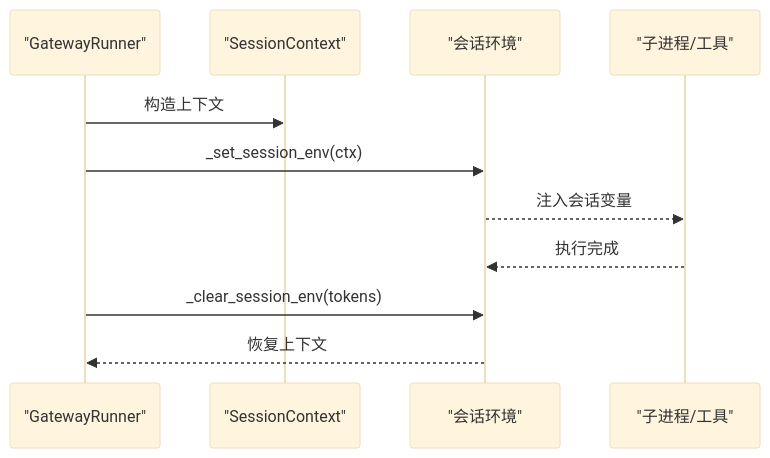
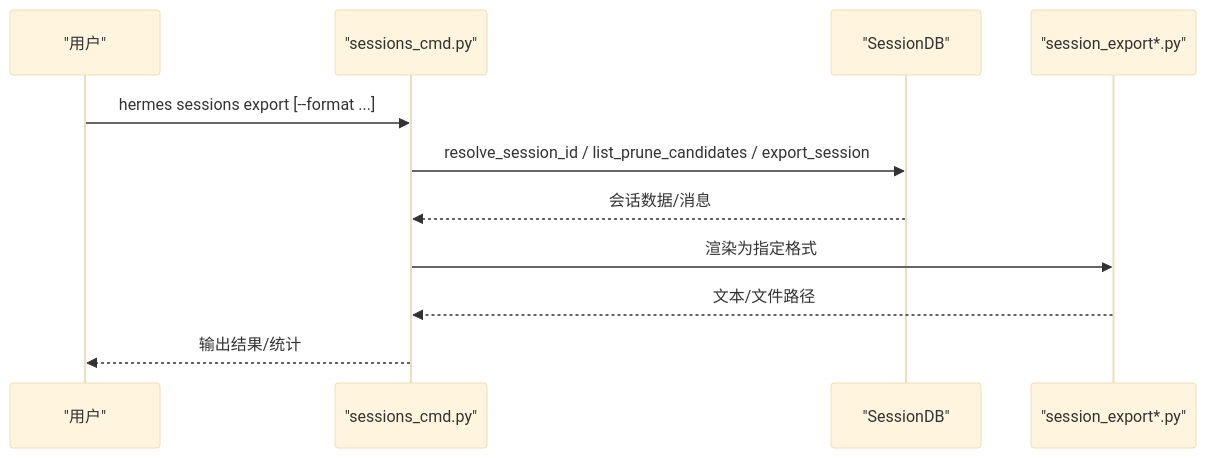
The fifth of 7 diagrams in .qoder/repowiki/zh/content/命令行界面/会话管理.md (haolange/hermes-agent), drawn with Mermaid (base theme) before and after one commit. The commit also changed other lines of this file and 1206 other files, not shown here.

````diff
--- a/.qoder/repowiki/zh/content/命令行界面/会话管理.md
+++ b/.qoder/repowiki/zh/content/命令行界面/会话管理.md
@@ -203,13 +196,13 @@
 ```mermaid
 sequenceDiagram
-participant Runner as "GatewayRunner"
-participant Ctx as "SessionContext"
-participant Env as "会话环境"
-participant Proc as "子进程/工具"
-Runner->>Ctx : 构造上下文
-Runner->>Env : _set_session_env(ctx)
-Env-->>Proc : 注入会话变量
-Proc-->>Env : 执行完成
-Runner->>Env : _clear_session_env(tokens)
-Env-->>Runner : 恢复上下文
+participant U as "用户"
+participant S as "sessions_cmd.py"
+participant DB as "SessionDB"
+participant M as "session_export*.py"
+U->>S : hermes sessions export [--format ...]
+S->>DB : resolve_session_id / list_prune_candidates / export_session
+DB-->>S : 会话数据/消息
+S->>M : 渲染为指定格式
+M-->>S : 文本/文件路径
+S-->>U : 输出结果/统计
 ```
````
